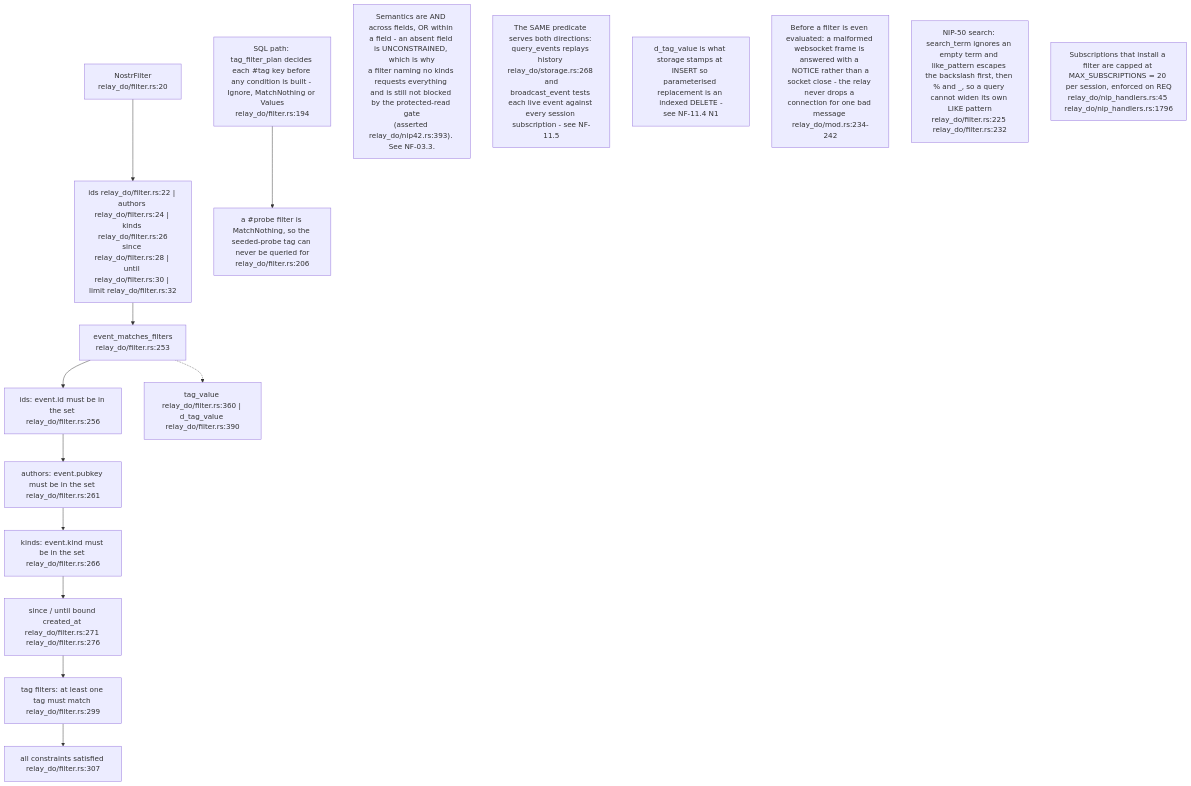
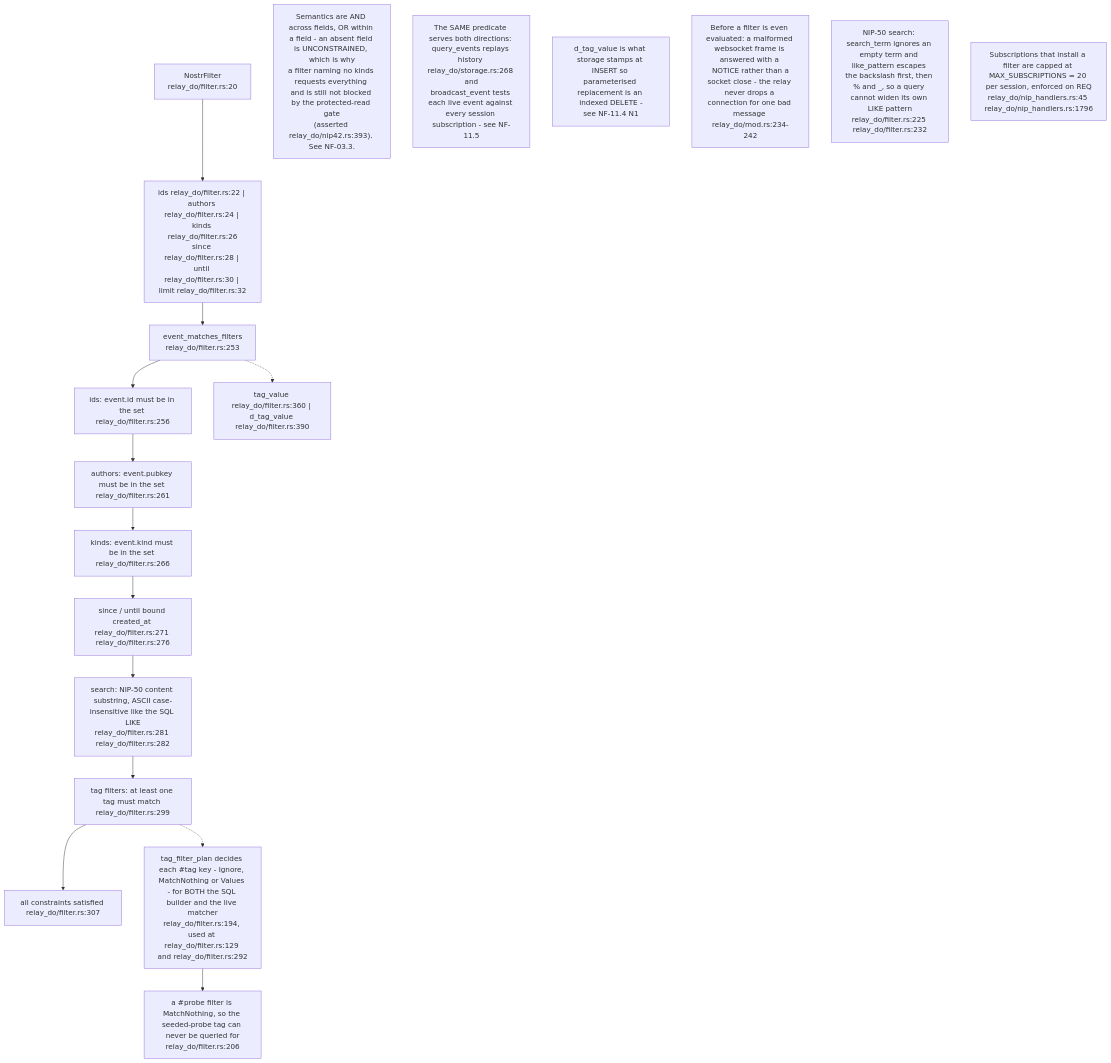
Before and after one commit to DreamLab-AI/VisionFlow: the fifth of 16 diagrams in docs/diagrams/nostr-rust-forum/11-relay-durable-object-internals.md, drawn with Mermaid. The commit also changed other lines of this file and 91 other files, not shown here.

````diff
--- a/docs/diagrams/nostr-rust-forum/11-relay-durable-object-internals.md
+++ b/docs/diagrams/nostr-rust-forum/11-relay-durable-object-internals.md
@@ -170,27 +175,29 @@
 ```mermaid
 flowchart TB
     F["NostrFilter<br/>relay_do/filter.rs:20"]
     FLDS["ids relay_do/filter.rs:22 | authors relay_do/filter.rs:24 | kinds relay_do/filter.rs:26<br/>since relay_do/filter.rs:28 | until relay_do/filter.rs:30 | limit relay_do/filter.rs:32"]
     M["event_matches_filters<br/>relay_do/filter.rs:253"]
     C1["ids: event.id must be in the set relay_do/filter.rs:256"]
     C2["authors: event.pubkey must be in the set relay_do/filter.rs:261"]
     C3["kinds: event.kind must be in the set relay_do/filter.rs:266"]
     C4["since / until bound created_at relay_do/filter.rs:271 relay_do/filter.rs:276"]
+    C4B["search: NIP-50 content substring, ASCII case-insensitive like the SQL LIKE<br/>relay_do/filter.rs:281 relay_do/filter.rs:282"]
     C5["tag filters: at least one tag must match relay_do/filter.rs:299"]
     OK["all constraints satisfied relay_do/filter.rs:307"]
     HELP["tag_value relay_do/filter.rs:360 | d_tag_value relay_do/filter.rs:390"]
-    TAGPLAN["SQL path: tag_filter_plan decides each #tag key before any condition is built - Ignore, MatchNothing or Values<br/>relay_do/filter.rs:194"]
+    TAGPLAN["tag_filter_plan decides each #tag key - Ignore, MatchNothing or Values - for BOTH the SQL builder and the live matcher<br/>relay_do/filter.rs:194, used at relay_do/filter.rs:129 and relay_do/filter.rs:292"]
     PROBE["a #probe filter is MatchNothing, so the seeded-probe tag can never be queried for<br/>relay_do/filter.rs:206"]
 
     F --> FLDS --> M
-    M --> C1 --> C2 --> C3 --> C4 --> C5 --> OK
+    M --> C1 --> C2 --> C3 --> C4 --> C4B --> C5 --> OK
     M -.-> HELP
     TAGPLAN --> PROBE
+    C5 -.-> TAGPLAN
 
     N1["Semantics are AND across fields, OR within a field - an absent field is UNCONSTRAINED, which is why<br/>a filter naming no kinds requests everything and is still not blocked by the protected-read gate<br/>(asserted relay_do/nip42.rs:393). See NF-03.3."]
     N2["The SAME predicate serves both directions: query_events replays history relay_do/storage.rs:268 and<br/>broadcast_event tests each live event against every session subscription - see NF-11.5"]
     N3["d_tag_value is what storage stamps at INSERT so parameterised replacement is an indexed DELETE -<br/>see NF-11.4 N1"]
     N4["Before a filter is even evaluated: a malformed websocket frame is answered with a NOTICE rather than a<br/>socket close - the relay never drops a connection for one bad message relay_do/mod.rs:234-242"]
     N6["NIP-50 search: search_term ignores an empty term and like_pattern escapes the backslash first, then % and _, so a query cannot widen its own LIKE pattern<br/>relay_do/filter.rs:225 relay_do/filter.rs:232"]
     N5["Subscriptions that install a filter are capped at MAX_SUBSCRIPTIONS = 20 per session, enforced on REQ<br/>relay_do/nip_handlers.rs:45 relay_do/nip_handlers.rs:1796"]
 ```
````
